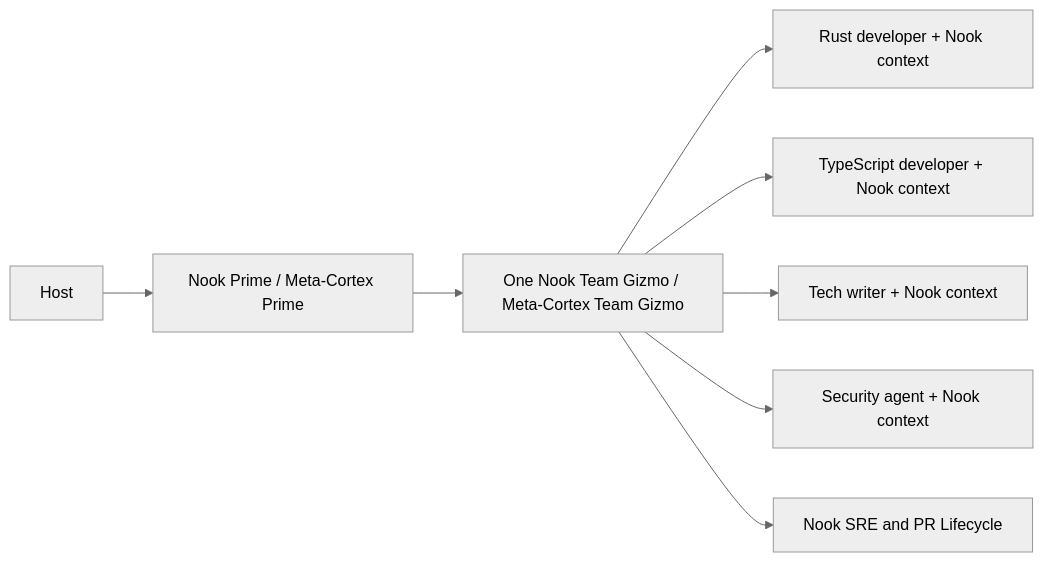
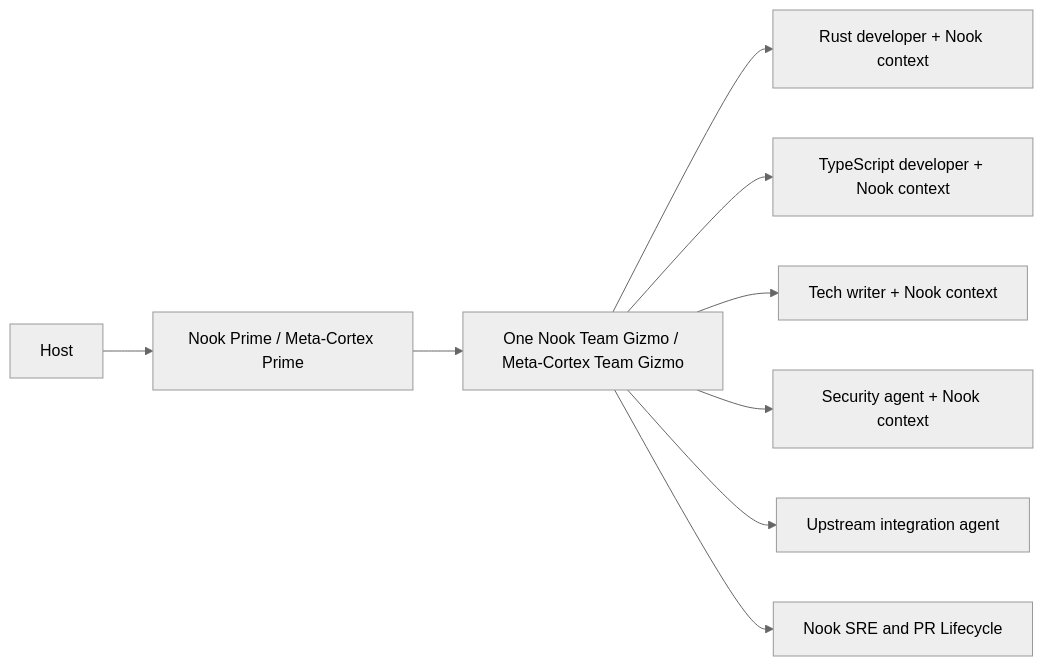
Before and after one commit to meta-secret/nook: the first of 2 diagrams in .cortex/gizmo-prime/architecture/multiagent-delivery-diagrams.md, drawn with Mermaid (neutral theme). The commit also changed other lines of this file and 34 other files, not shown here.

````diff
--- a/.cortex/gizmo-prime/architecture/multiagent-delivery-diagrams.md
+++ b/.cortex/gizmo-prime/architecture/multiagent-delivery-diagrams.md
@@ -9,10 +9,11 @@
 ```mermaid
 flowchart LR
     Host --> Prime["Nook Prime / Meta-Cortex Prime"]
     Prime --> Team["One Nook Team Gizmo / Meta-Cortex Team Gizmo"]
     Team --> Rust["Rust developer + Nook context"]
     Team --> TS["TypeScript developer + Nook context"]
     Team --> Writer["Tech writer + Nook context"]
     Team --> Security["Security agent + Nook context"]
+    Team --> Integration["Upstream integration agent"]
     Team --> Operations["Nook SRE and PR Lifecycle"]
 ```
````
